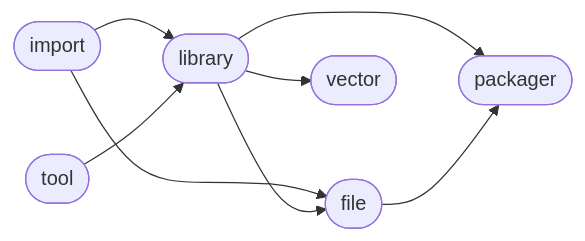
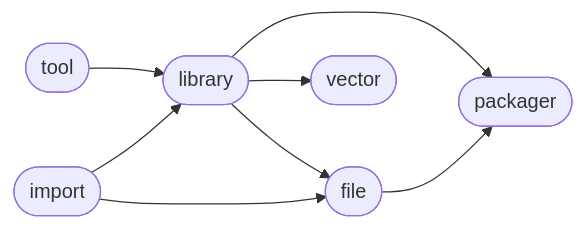
The diagram in README.md (Mandera/Mandera), drawn with Mermaid before and after one commit. The commit also changed other lines of this file, not shown here.

````diff
--- a/README.md
+++ b/README.md
@@ -6,16 +6,16 @@
 ```mermaid
 flowchart LR
-0([import]) --> 3([file])
 2([library]) --> 5([packager])
-0([import]) --> 2([library])
-2([library]) --> 4([vector])
-2([library]) --> 3([file])
 3([file]) --> 5([packager])
 1([tool]) --> 2([library])
+2([library]) --> 3([file])
+0([import]) --> 3([file])
+2([library]) --> 4([vector])
+0([import]) --> 2([library])
 click 0 "https://github.com/ManderaGeneral/generalimport"
 click 1 "https://github.com/ManderaGeneral/generaltool"
 click 2 "https://github.com/ManderaGeneral/generallibrary"
 click 3 "https://github.com/ManderaGeneral/generalfile"
 click 4 "https://github.com/ManderaGeneral/generalvector"
 click 5 "https://github.com/ManderaGeneral/generalpackager"
 ```
````
